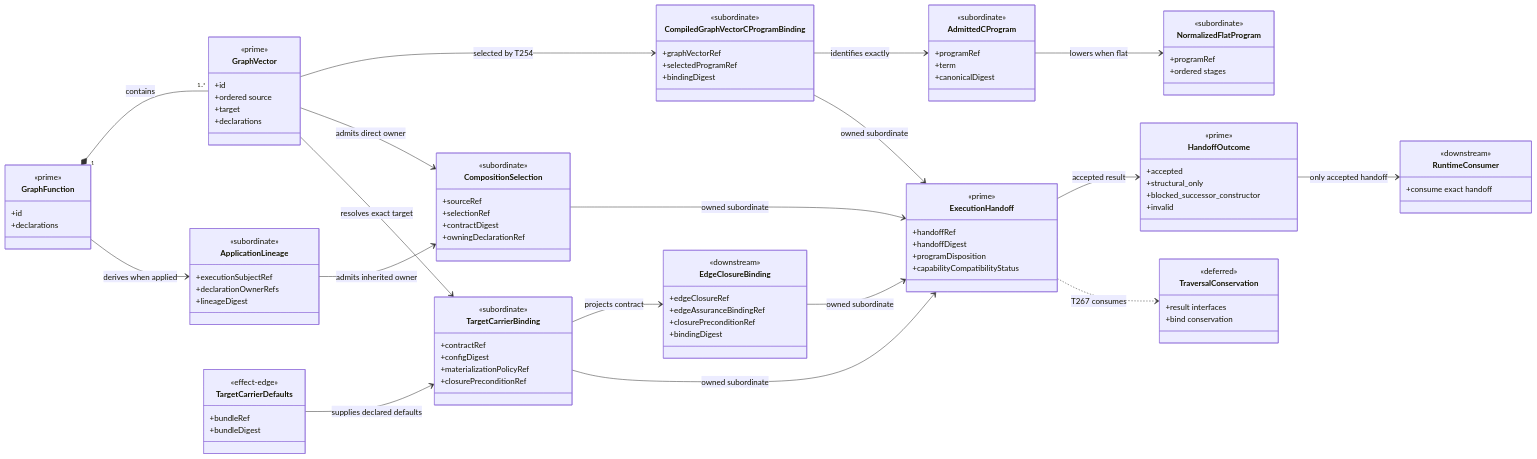
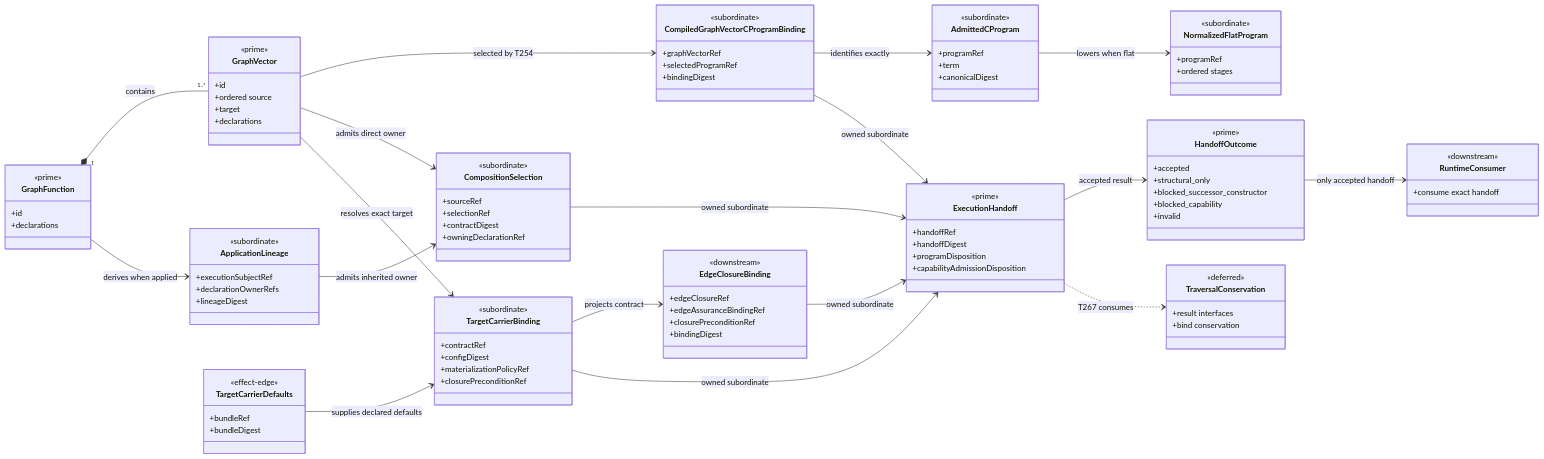
The first of 3 diagrams in build_tenants/abiogenesis/typescript/design/M03_COMPILED_EXECUTION_HANDOFF_BEHAVIOR_DESIGN.md (foolishimp/abiogenesis), drawn with Mermaid before and after one commit. The commit also changed other lines of this file and 19 other files, not shown here.

```diff
--- a/build_tenants/abiogenesis/typescript/design/M03_COMPILED_EXECUTION_HANDOFF_BEHAVIOR_DESIGN.md
+++ b/build_tenants/abiogenesis/typescript/design/M03_COMPILED_EXECUTION_HANDOFF_BEHAVIOR_DESIGN.md
@@ -207,7 +209,7 @@
     +handoffRef
     +handoffDigest
     +programDisposition
-    +capabilityCompatibilityStatus
+    +capabilityAdmissionDisposition
   }
 
   class HandoffOutcome {
@@ -215,6 +217,7 @@
     +accepted
     +structural_only
     +blocked_successor_constructor
+    +blocked_capability
     +invalid
   }
 
```
